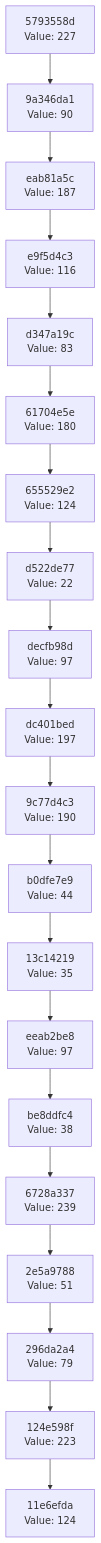
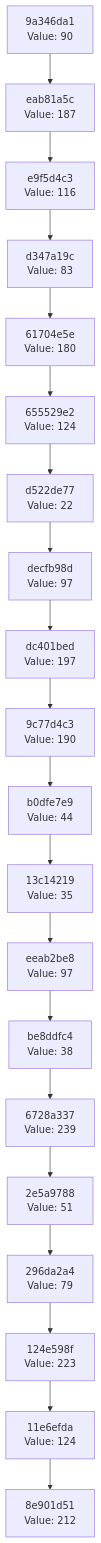
The diagram in docs/CHAIN_VISUALIZATION.md (Abhisheksinha1506/hash-chain-evolver), drawn with Mermaid before and after one commit. The commit also changed 2 other files, not shown here.

Commit message:
Evolution step: hash 0xD4 → action executed

````diff
--- a/docs/CHAIN_VISUALIZATION.md
+++ b/docs/CHAIN_VISUALIZATION.md
@@ -3,42 +3,42 @@
 ```mermaid
 graph TD
-    C0["11e6efda<br/>Value: 124"]
-    C1["124e598f<br/>Value: 223"]
+    C0["8e901d51<br/>Value: 212"]
+    C1["11e6efda<br/>Value: 124"]
     C1 --> C0
-    C2["296da2a4<br/>Value: 79"]
+    C2["124e598f<br/>Value: 223"]
     C2 --> C1
-    C3["2e5a9788<br/>Value: 51"]
+    C3["296da2a4<br/>Value: 79"]
     C3 --> C2
-    C4["6728a337<br/>Value: 239"]
+    C4["2e5a9788<br/>Value: 51"]
     C4 --> C3
-    C5["be8ddfc4<br/>Value: 38"]
+    C5["6728a337<br/>Value: 239"]
     C5 --> C4
-    C6["eeab2be8<br/>Value: 97"]
+    C6["be8ddfc4<br/>Value: 38"]
     C6 --> C5
-    C7["13c14219<br/>Value: 35"]
+    C7["eeab2be8<br/>Value: 97"]
     C7 --> C6
-    C8["b0dfe7e9<br/>Value: 44"]
+    C8["13c14219<br/>Value: 35"]
     C8 --> C7
-    C9["9c77d4c3<br/>Value: 190"]
+    C9["b0dfe7e9<br/>Value: 44"]
     C9 --> C8
-    C10["dc401bed<br/>Value: 197"]
+    C10["9c77d4c3<br/>Value: 190"]
     C10 --> C9
-    C11["decfb98d<br/>Value: 97"]
+    C11["dc401bed<br/>Value: 197"]
     C11 --> C10
-    C12["d522de77<br/>Value: 22"]
+    C12["decfb98d<br/>Value: 97"]
     C12 --> C11
-    C13["655529e2<br/>Value: 124"]
+    C13["d522de77<br/>Value: 22"]
     C13 --> C12
-    C14["61704e5e<br/>Value: 180"]
+    C14["655529e2<br/>Value: 124"]
     C14 --> C13
-    C15["d347a19c<br/>Value: 83"]
+    C15["61704e5e<br/>Value: 180"]
     C15 --> C14
-    C16["e9f5d4c3<br/>Value: 116"]
+    C16["d347a19c<br/>Value: 83"]
     C16 --> C15
-    C17["eab81a5c<br/>Value: 187"]
+    C17["e9f5d4c3<br/>Value: 116"]
     C17 --> C16
-    C18["9a346da1<br/>Value: 90"]
+    C18["eab81a5c<br/>Value: 187"]
     C18 --> C17
-    C19["5793558d<br/>Value: 227"]
+    C19["9a346da1<br/>Value: 90"]
     C19 --> C18
 ```
````
